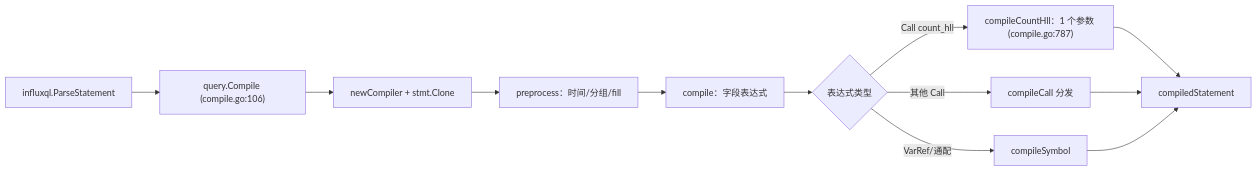
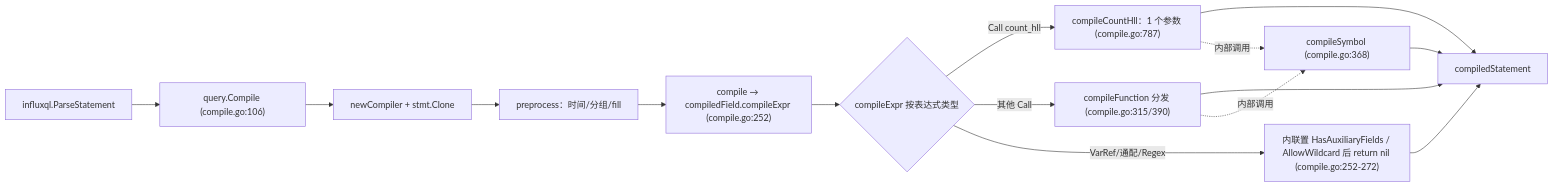
The fifth of 9 diagrams in docs/specs/v1.8.10-vs-v1.12.3/03_query_engine_diff.md (stefanv5/influxdb), drawn with Mermaid before and after one commit. The commit also changed other lines of this file and 16 other files, not shown here.

````diff
--- a/docs/specs/v1.8.10-vs-v1.12.3/03_query_engine_diff.md
+++ b/docs/specs/v1.8.10-vs-v1.12.3/03_query_engine_diff.md
@@ -1369,14 +1398,17 @@
 ```mermaid
 flowchart LR
     A["influxql.ParseStatement"] --> B["query.Compile (compile.go:106)"]
     B --> C["newCompiler + stmt.Clone"]
     C --> D["preprocess：时间/分组/fill"]
-    D --> E["compile：字段表达式"]
-    E --> F{"表达式类型"}
+    D --> E["compile → compiledField.compileExpr (compile.go:252)"]
+    E --> F{"compileExpr 按表达式类型"}
     F -->|"Call count_hll"| G["compileCountHll：1 个参数 (compile.go:787)"]
-    F -->|"其他 Call"| H["compileCall 分发"]
-    F -->|"VarRef/通配"| I["compileSymbol"]
+    F -->|"其他 Call"| H["compileFunction 分发 (compile.go:315/390)"]
+    F -->|"VarRef/通配/Regex"| I["内联置 HasAuxiliaryFields / AllowWildcard 后 return nil (compile.go:252-272)"]
     G --> J["compiledStatement"]
     H --> J
     I --> J
+    G -.->|"内部调用"| K["compileSymbol (compile.go:368)"]
+    H -.->|"内部调用"| K
+    K --> J
 ```
````
